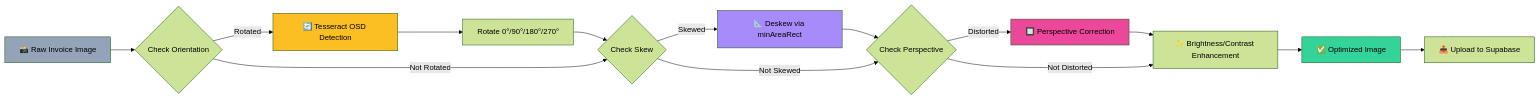
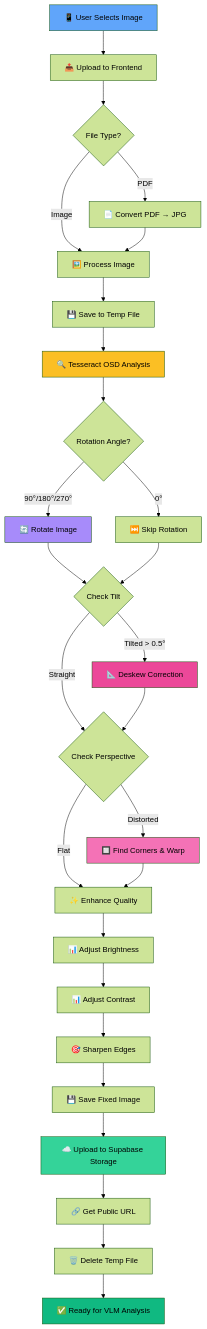
One commit to AI-AugToOct/capstone-project-invoice-mangement-system changed the fourth of 11 diagrams in Readme.md. Above: the diagram before and after it, drawn with Mermaid (forest theme). The commit also changed other lines of this file, not shown here.

Commit message:
dd comprehensive workflow diagrams for all system processes

````diff
--- a/Readme.md
+++ b/Readme.md
@@ -344,22 +402,43 @@
 ```mermaid
-graph LR
-    A[📸 Raw Invoice Image] --> B{Check Orientation}
-    B -->|Rotated| C[🔄 Tesseract OSD Detection]
-    C --> D[Rotate 0°/90°/180°/270°]
-    D --> E{Check Skew}
-    B -->|Not Rotated| E
-    E -->|Skewed| F[📐 Deskew via minAreaRect]
-    F --> G{Check Perspective}
-    E -->|Not Skewed| G
-    G -->|Distorted| H[🔲 Perspective Correction]
-    H --> I[✨ Brightness/Contrast Enhancement]
-    G -->|Not Distorted| I
-    I --> J[✅ Optimized Image]
-    J --> K[📤 Upload to Supabase]
+graph TD
+    START[📱 User Selects Image] --> UPLOAD[📤 Upload to Frontend]
+    UPLOAD --> VALIDATE{File Type?}
+    VALIDATE -->|PDF| PDF_CONV[📄 Convert PDF → JPG]
+    VALIDATE -->|Image| IMG_PROC[🖼️ Process Image]
+    PDF_CONV --> IMG_PROC
     
-    style A fill:#94a3b8
-    style C fill:#fbbf24
-    style F fill:#a78bfa
-    style H fill:#ec4899
-    style J fill:#34d399
+    IMG_PROC --> TEMP[💾 Save to Temp File]
+    TEMP --> OSD[🔍 Tesseract OSD Analysis]
+    
+    OSD --> ANGLE{Rotation Angle?}
+    ANGLE -->|0°| SKIP_ROT[⏭️ Skip Rotation]
+    ANGLE -->|90°/180°/270°| ROTATE[🔄 Rotate Image]
+    ROTATE --> DESKEW_CHECK
+    SKIP_ROT --> DESKEW_CHECK
+    
+    DESKEW_CHECK{Check Tilt} -->|Tilted > 0.5°| DESKEW[📐 Deskew Correction]
+    DESKEW_CHECK -->|Straight| PERSP_CHECK
+    DESKEW --> PERSP_CHECK
+    
+    PERSP_CHECK{Check Perspective} -->|Distorted| PERSP[🔲 Find Corners & Warp]
+    PERSP_CHECK -->|Flat| ENHANCE
+    PERSP --> ENHANCE
+    
+    ENHANCE[✨ Enhance Quality] --> ENHANCE1[📊 Adjust Brightness]
+    ENHANCE1 --> ENHANCE2[📊 Adjust Contrast]
+    ENHANCE2 --> ENHANCE3[🎯 Sharpen Edges]
+    ENHANCE3 --> SAVE_FIXED[💾 Save Fixed Image]
+    
+    SAVE_FIXED --> UPLOAD_CLOUD[☁️ Upload to Supabase Storage]
+    UPLOAD_CLOUD --> GET_URL[🔗 Get Public URL]
+    GET_URL --> CLEANUP[🗑️ Delete Temp File]
+    CLEANUP --> DONE[✅ Ready for VLM Analysis]
+    
+    style START fill:#60a5fa
+    style OSD fill:#fbbf24
+    style ROTATE fill:#a78bfa
+    style DESKEW fill:#ec4899
+    style PERSP fill:#f472b6
+    style UPLOAD_CLOUD fill:#34d399
+    style DONE fill:#10b981
 ```
````
